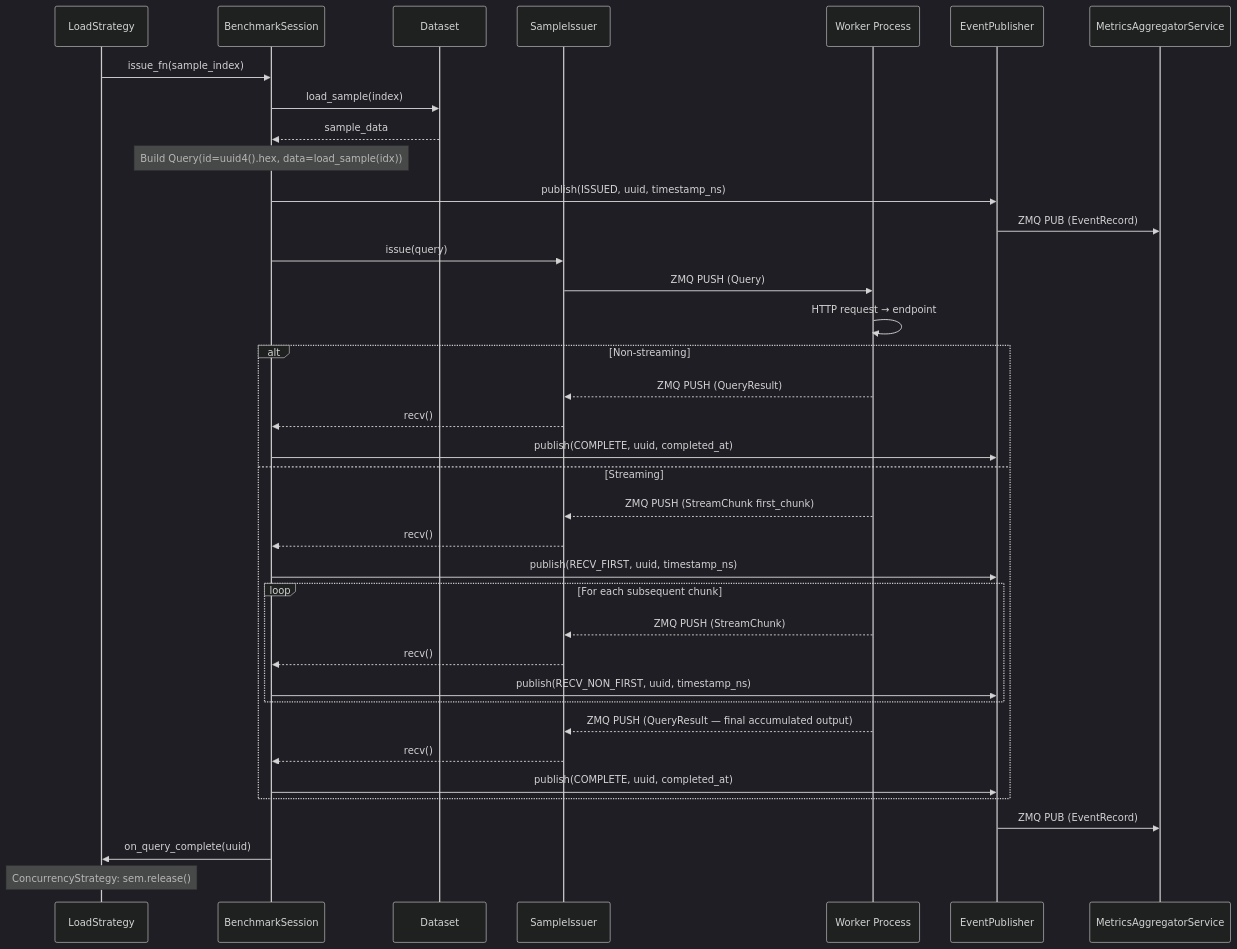
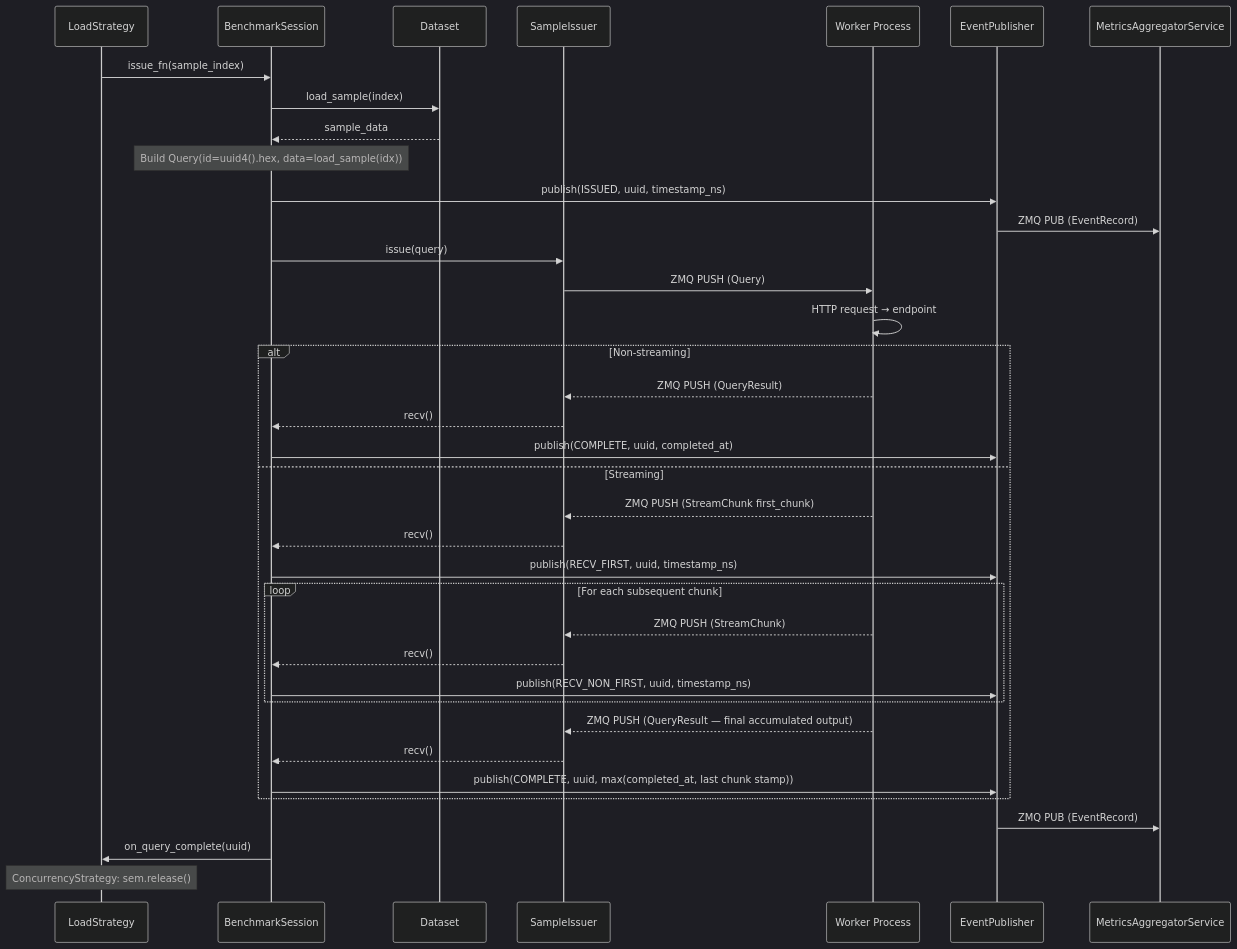
Before and after one commit to mlcommons/endpoints: the first of 5 diagrams in docs/load_generator/DESIGN.md, drawn with Mermaid (dark theme). The commit also changed other lines of this file and 2 other files, not shown here.

First line of the commit message:
fix(session): stamp COMPLETE with the arrival time of its chunks (#536)

````diff
--- a/docs/load_generator/DESIGN.md
+++ b/docs/load_generator/DESIGN.md
@@ -615,42 +627,42 @@
 ```mermaid
 sequenceDiagram
     participant S as LoadStrategy
     participant B as BenchmarkSession
     participant D as Dataset
     participant I as SampleIssuer
     participant W as Worker Process
     participant E as EventPublisher
     participant M as MetricsAggregatorService
 
     S->>B: issue_fn(sample_index)
     B->>D: load_sample(index)
     D-->>B: sample_data
     Note over B: Build Query(id=uuid4().hex, data=load_sample(idx))
     B->>E: publish(ISSUED, uuid, timestamp_ns)
     E->>M: ZMQ PUB (EventRecord)
     B->>I: issue(query)
     I->>W: ZMQ PUSH (Query)
     W->>W: HTTP request → endpoint
 
     alt Non-streaming
         W-->>I: ZMQ PUSH (QueryResult)
         I-->>B: recv()
         B->>E: publish(COMPLETE, uuid, completed_at)
     else Streaming
         W-->>I: ZMQ PUSH (StreamChunk first_chunk)
         I-->>B: recv()
         B->>E: publish(RECV_FIRST, uuid, timestamp_ns)
         loop For each subsequent chunk
             W-->>I: ZMQ PUSH (StreamChunk)
             I-->>B: recv()
             B->>E: publish(RECV_NON_FIRST, uuid, timestamp_ns)
         end
         W-->>I: ZMQ PUSH (QueryResult — final accumulated output)
         I-->>B: recv()
-        B->>E: publish(COMPLETE, uuid, completed_at)
+        B->>E: publish(COMPLETE, uuid, max(completed_at, last chunk stamp))
     end
 
     E->>M: ZMQ PUB (EventRecord)
     B->>S: on_query_complete(uuid)
     Note over S: ConcurrencyStrategy: sem.release()
 ```
````
